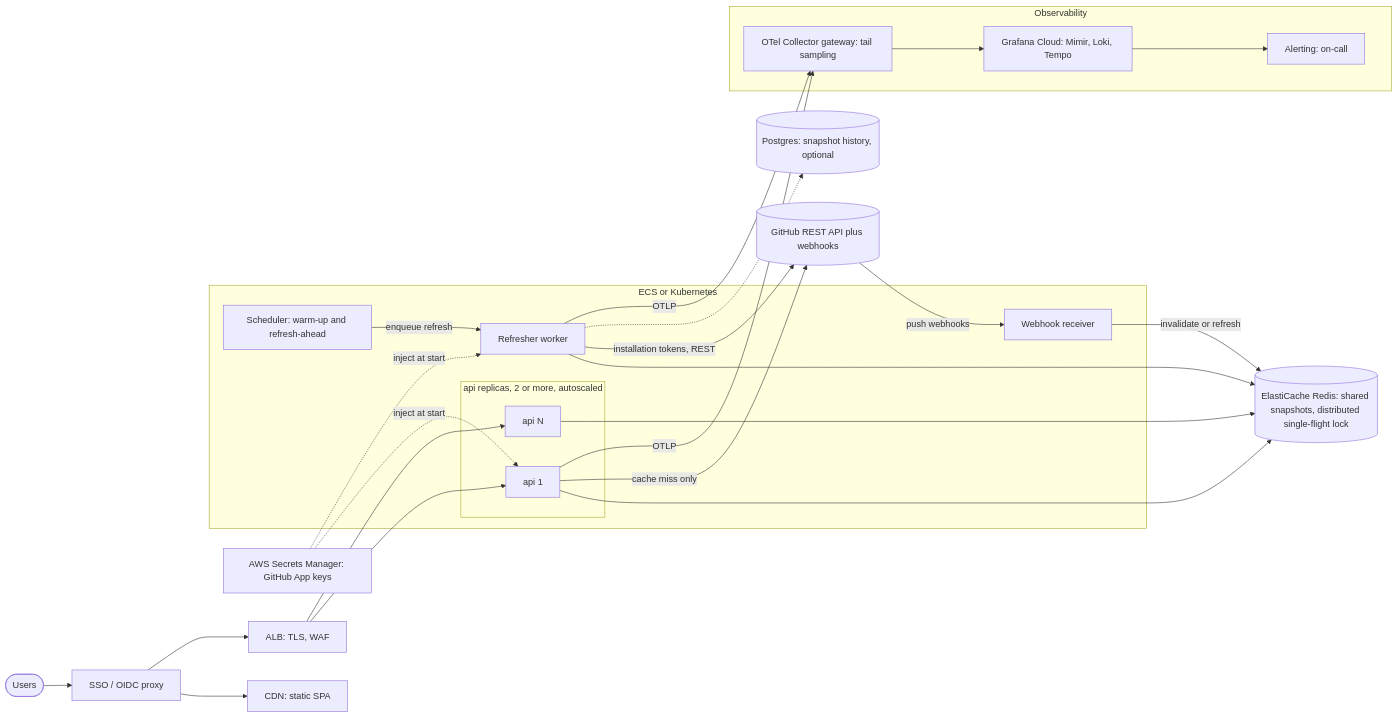
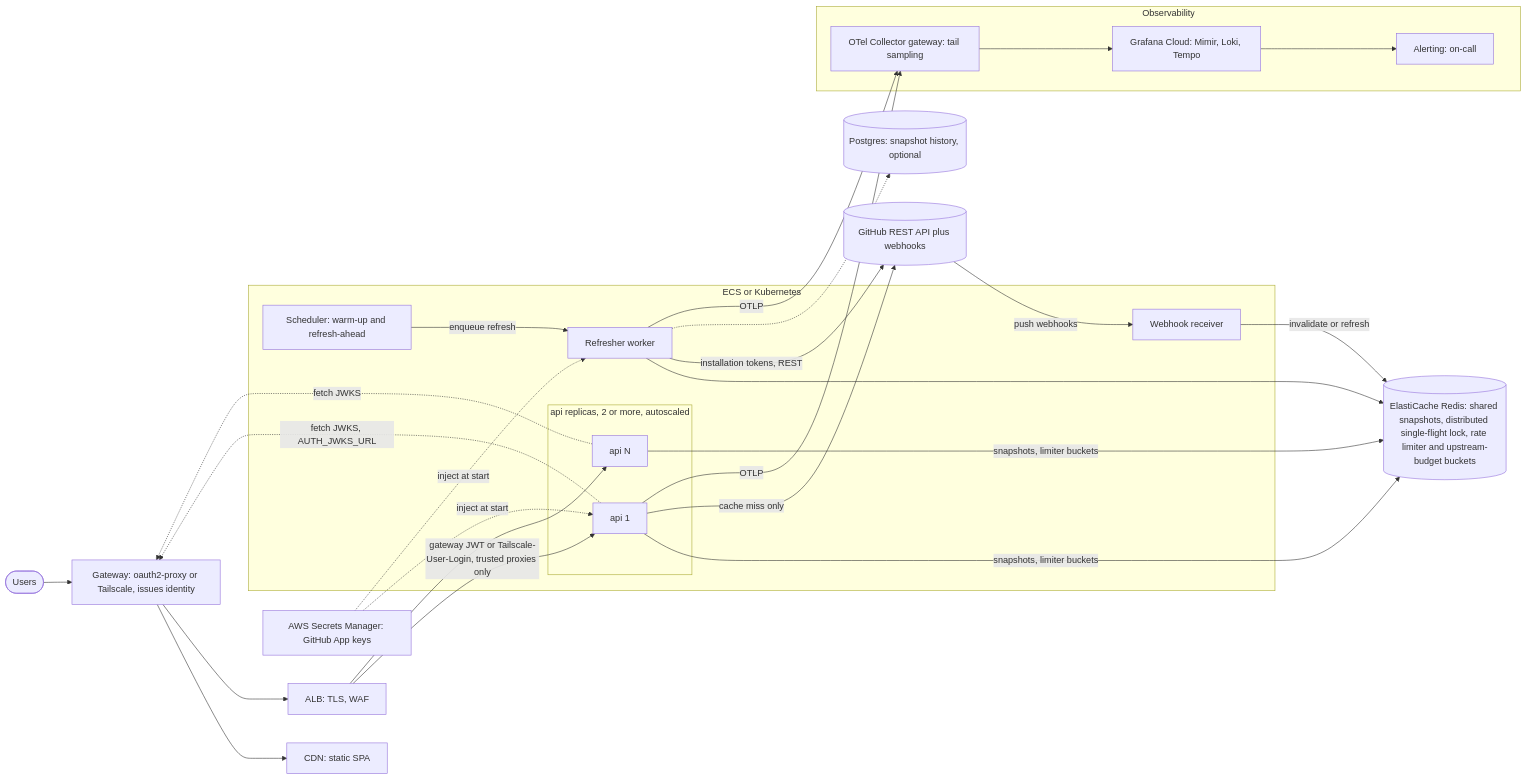
One commit to pmaybin/telescope changed the ninth of 9 diagrams in docs/architecture.md. Above: the diagram before and after it, drawn with Mermaid. The commit also changed other lines of this file and 16 other files, not shown here.

First line of the commit message:
docs: bring the architecture narrative and README up to date with round two

````diff
--- a/docs/architecture.md
+++ b/docs/architecture.md
@@ -530,49 +705,51 @@
 ```mermaid
 flowchart LR
     users(["Users"])
-    sso["SSO / OIDC proxy"]
+    sso["Gateway: oauth2-proxy or Tailscale, issues identity"]
     cdn["CDN: static SPA"]
     alb["ALB: TLS, WAF"]
 
     subgraph cluster["ECS or Kubernetes"]
         subgraph apis["api replicas, 2 or more, autoscaled"]
             a1["api 1"]
             a2["api N"]
         end
         worker["Refresher worker"]
         sched["Scheduler: warm-up and refresh-ahead"]
         hook["Webhook receiver"]
     end
 
-    redis[("ElastiCache Redis: shared snapshots, distributed single-flight lock")]
+    redis[("ElastiCache Redis: shared snapshots, distributed single-flight lock, rate limiter and upstream-budget buckets")]
     pg[("Postgres: snapshot history, optional")]
     sm["AWS Secrets Manager: GitHub App keys"]
     gh[("GitHub REST API plus webhooks")]
 
     subgraph obs["Observability"]
         gw["OTel Collector gateway: tail sampling"]
         gc["Grafana Cloud: Mimir, Loki, Tempo"]
         alerts["Alerting: on-call"]
     end
 
     users --> sso
     sso --> cdn
     sso --> alb
-    alb --> a1
+    a1 -.->|"fetch JWKS, AUTH_JWKS_URL"| sso
+    alb -->|"gateway JWT or Tailscale-User-Login, trusted proxies only"| a1
     alb --> a2
-    a1 --> redis
-    a2 --> redis
+    a2 -.->|"fetch JWKS"| sso
+    a1 -->|"snapshots, limiter buckets"| redis
+    a2 -->|"snapshots, limiter buckets"| redis
     sched -->|"enqueue refresh"| worker
     worker --> redis
     worker -->|"installation tokens, REST"| gh
     a1 -->|"cache miss only"| gh
     gh -->|"push webhooks"| hook
     hook -->|"invalidate or refresh"| redis
     sm -.->|"inject at start"| a1
     sm -.->|"inject at start"| worker
     worker -.-> pg
     a1 -->|"OTLP"| gw
     worker -->|"OTLP"| gw
     gw --> gc
     gc --> alerts
 ```
````
